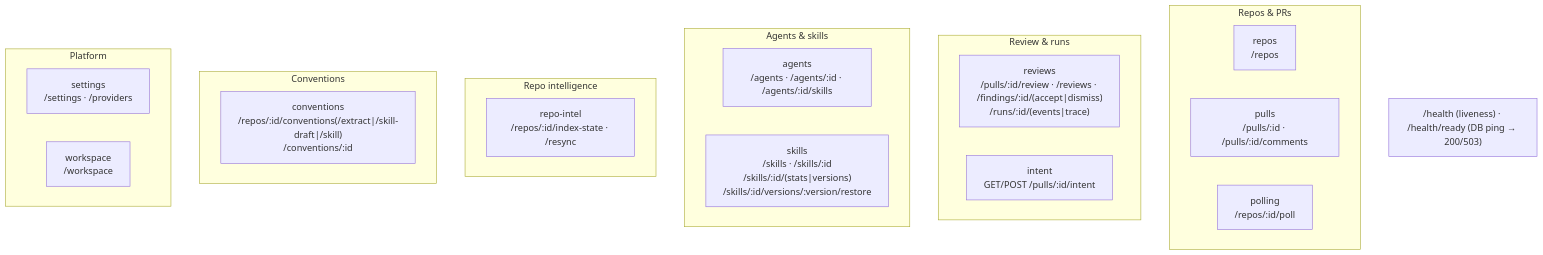
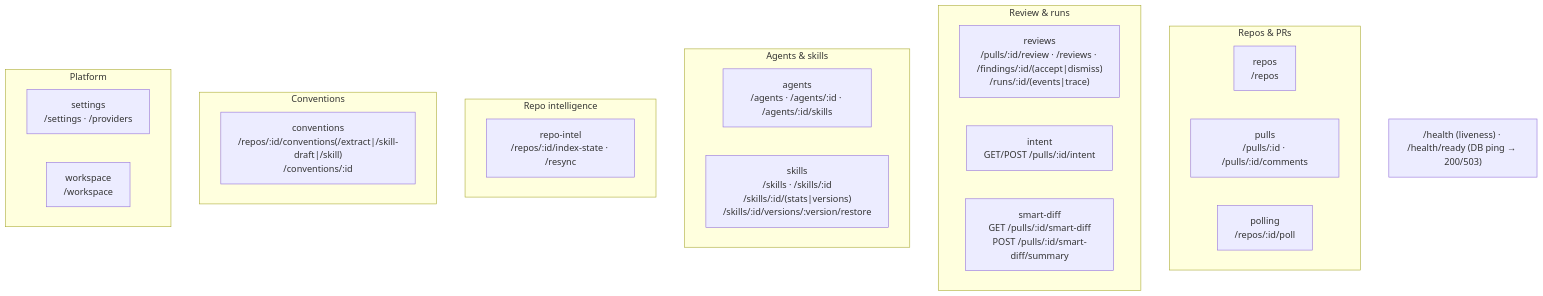
One commit to SerMedvid/dev-digest changed the second of 2 diagrams in server/README.md. Above: the diagram before and after it, drawn with Mermaid. The commit also changed other lines of this file and 72 other files, not shown here.

First line of the commit message:
Feat/smart diff (#15)

````diff
--- a/server/README.md
+++ b/server/README.md
@@ -64,27 +64,28 @@
 ```mermaid
 flowchart TB
   subgraph Repos_PRs["Repos & PRs"]
     repos["repos<br/>/repos"]
     pulls["pulls<br/>/pulls/:id · /pulls/:id/comments"]
     polling["polling<br/>/repos/:id/poll"]
   end
   subgraph Review["Review & runs"]
     reviews["reviews<br/>/pulls/:id/review · /reviews · /findings/:id/(accept|dismiss)<br/>/runs/:id/(events|trace)"]
     intent["intent<br/>GET/POST /pulls/:id/intent"]
+    smartDiff["smart-diff<br/>GET /pulls/:id/smart-diff<br/>POST /pulls/:id/smart-diff/summary"]
   end
   subgraph Agents["Agents & skills"]
     agents["agents<br/>/agents · /agents/:id · /agents/:id/skills"]
     skills["skills<br/>/skills · /skills/:id<br/>/skills/:id/(stats|versions)<br/>/skills/:id/versions/:version/restore"]
   end
   subgraph Intel["Repo intelligence"]
     repoIntel["repo-intel<br/>/repos/:id/index-state · /resync"]
   end
   subgraph Conventions["Conventions"]
     conventions["conventions<br/>/repos/:id/conventions(/extract|/skill-draft|/skill)<br/>/conventions/:id"]
   end
   subgraph Platform["Platform"]
     settings["settings<br/>/settings · /providers"]
     workspace["workspace<br/>/workspace"]
   end
   HEALTH["/health (liveness) · /health/ready (DB ping → 200/503)"]
 ```
````
